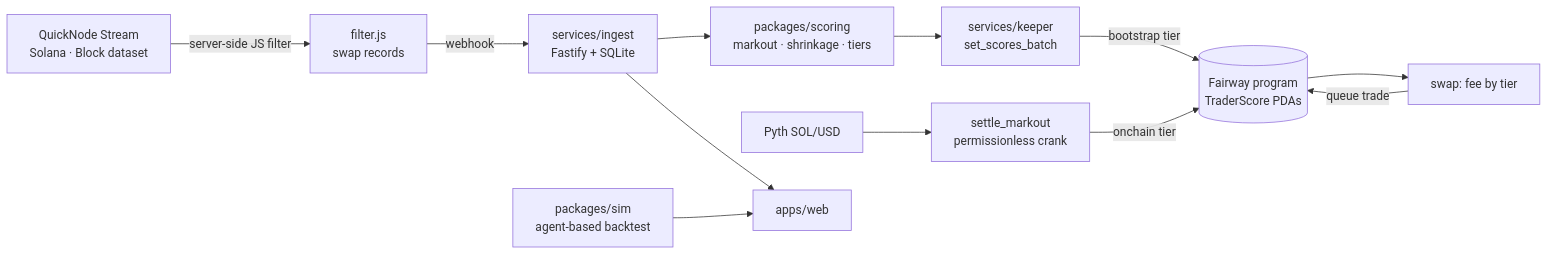
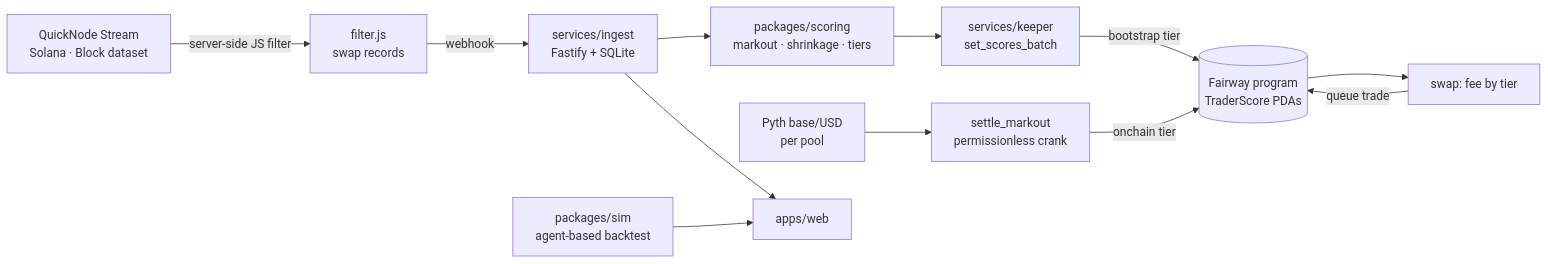
One commit to parthjatia/fairway changed the diagram in README.md. Above: the diagram before and after it, drawn with Mermaid. The commit also changed other lines of this file and 72 other files, not shown here.

````diff
--- a/README.md
+++ b/README.md
@@ -33,14 +67,14 @@
 ```mermaid
 flowchart LR
   S[QuickNode Stream<br/>Solana · Block dataset] -->|server-side JS filter| F[filter.js<br/>swap records]
   F -->|webhook| I[services/ingest<br/>Fastify + SQLite]
   I --> SC[packages/scoring<br/>markout · shrinkage · tiers]
   SC --> K[services/keeper<br/>set_scores_batch]
   K -->|bootstrap tier| P[(Fairway program<br/>TraderScore PDAs)]
   P --> SW[swap: fee by tier]
   SW -->|queue trade| P
-  PY[Pyth SOL/USD] --> ST[settle_markout<br/>permissionless crank]
+  PY[Pyth base/USD<br/>per pool] --> ST[settle_markout<br/>permissionless crank]
   ST -->|onchain tier| P
   I --> W[apps/web]
   SIM[packages/sim<br/>agent-based backtest] --> W
 ```
````
